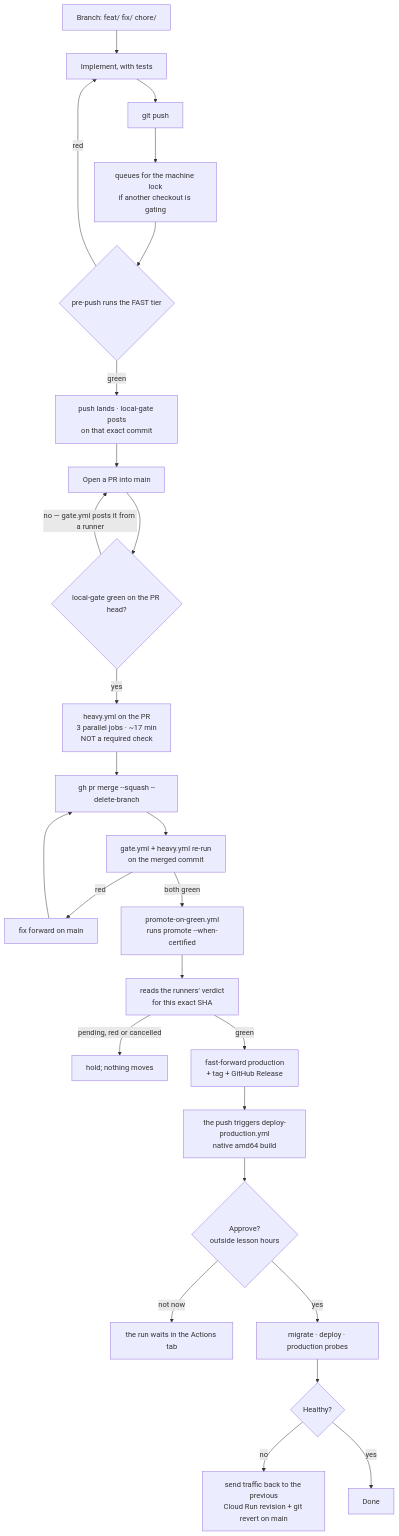
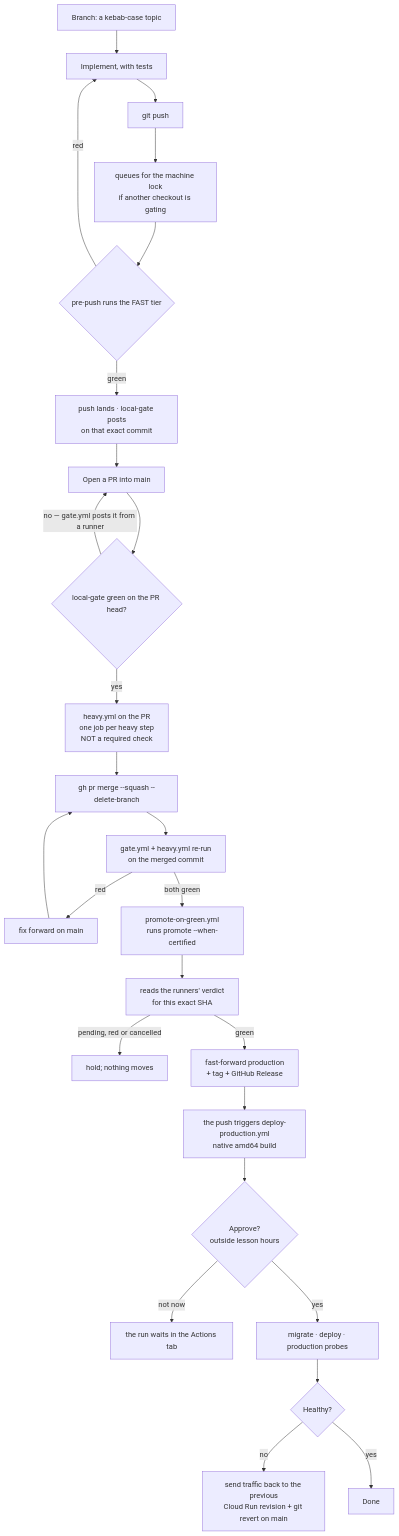
The diagram in docs/development/workflow.md (jaystewartuk/spiralclass), drawn with Mermaid before and after one commit. The commit also changed other lines of this file and 71 other files, not shown here.

````diff
--- a/docs/development/workflow.md
+++ b/docs/development/workflow.md
@@ -139,28 +135,28 @@
 ```mermaid
 flowchart TD
-    B["Branch: feat/ fix/ chore/"] --> C["Implement, with tests"]
+    B["Branch: a kebab-case topic"] --> C["Implement, with tests"]
     C --> E["git push"]
     E --> E1["queues for the machine lock<br/>if another checkout is gating"]
     E1 --> F{"pre-push runs the FAST tier"}
     F -->|red| C
     F -->|green| G["push lands · local-gate posts<br/>on that exact commit"]
     G --> H["Open a PR into main"]
     H --> H1{"local-gate green on the PR head?"}
     H1 -->|"no — gate.yml posts it from a runner"| H
-    H1 -->|yes| HV["heavy.yml on the PR<br/>3 parallel jobs · ~17 min<br/>NOT a required check"]
+    H1 -->|yes| HV["heavy.yml on the PR<br/>one job per heavy step<br/>NOT a required check"]
     HV --> SP["gh pr merge --squash --delete-branch"]
     SP --> SP2["gate.yml + heavy.yml re-run<br/>on the merged commit"]
     SP2 -->|red| M["fix forward on main"]
     M --> SP
     SP2 -->|"both green"| N["promote-on-green.yml<br/>runs promote --when-certified"]
     N --> O["reads the runners' verdict<br/>for this exact SHA"]
     O -->|"pending, red or cancelled"| P["hold; nothing moves"]
     O -->|green| R["fast-forward production<br/>+ tag + GitHub Release"]
     R --> S["the push triggers deploy-production.yml<br/>native amd64 build"]
     S --> L{"Approve?<br/>outside lesson hours"}
     L -->|"not now"| Q["the run waits in the Actions tab"]
     L -->|yes| T["migrate · deploy · production probes"]
     T --> U{"Healthy?"}
     U -->|no| V["send traffic back to the previous<br/>Cloud Run revision + git revert on main"]
     U -->|yes| W["Done"]
 ```
````
